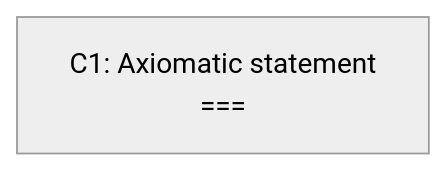
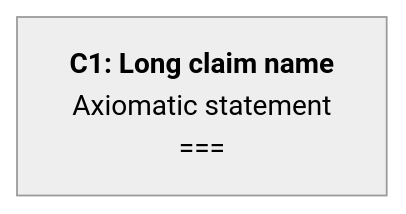
Before and after one commit to coreinfrastructure/best-practices-badge: the sixth of 20 diagrams in docs/sacm-mermaid.md, drawn with Mermaid. The commit also changed other lines of this file, not shown here.

Commit message:
Names have 2 parts, short and long

````diff
--- a/docs/sacm-mermaid.md
+++ b/docs/sacm-mermaid.md
@@ -413,14 +411,14 @@
 ```mermaid
 ---
 config:
   theme: neutral
   flowchart:
     curve: linear
     htmlLabels: true
     rankSpacing: 60
     nodeSpacing: 45
     padding: 15
 ---
 flowchart BT
-    C1["C1: Axiomatic statement<br/>==="]
+    C1["<b>C1: Long claim name</b><br>Axiomatic statement<br>==="]
 ```
````
